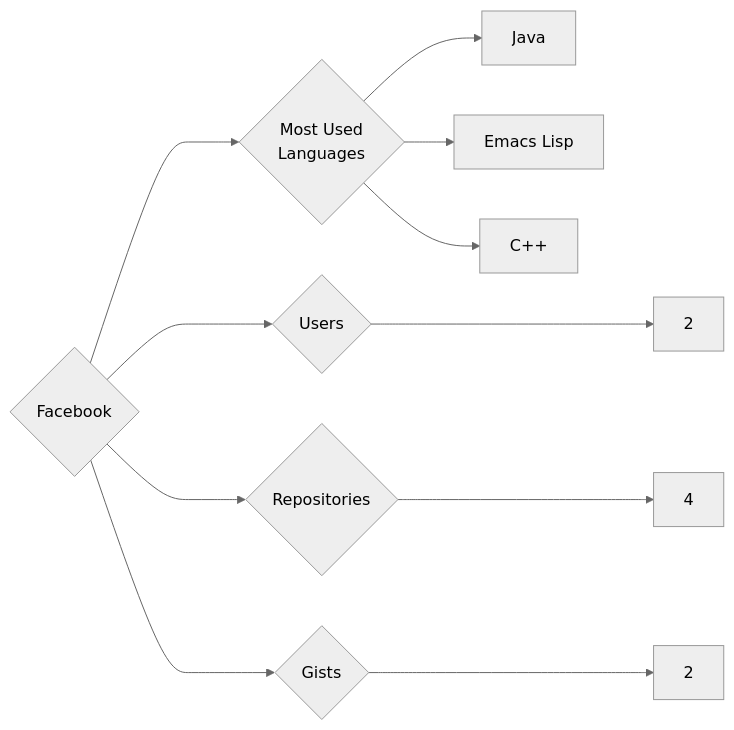
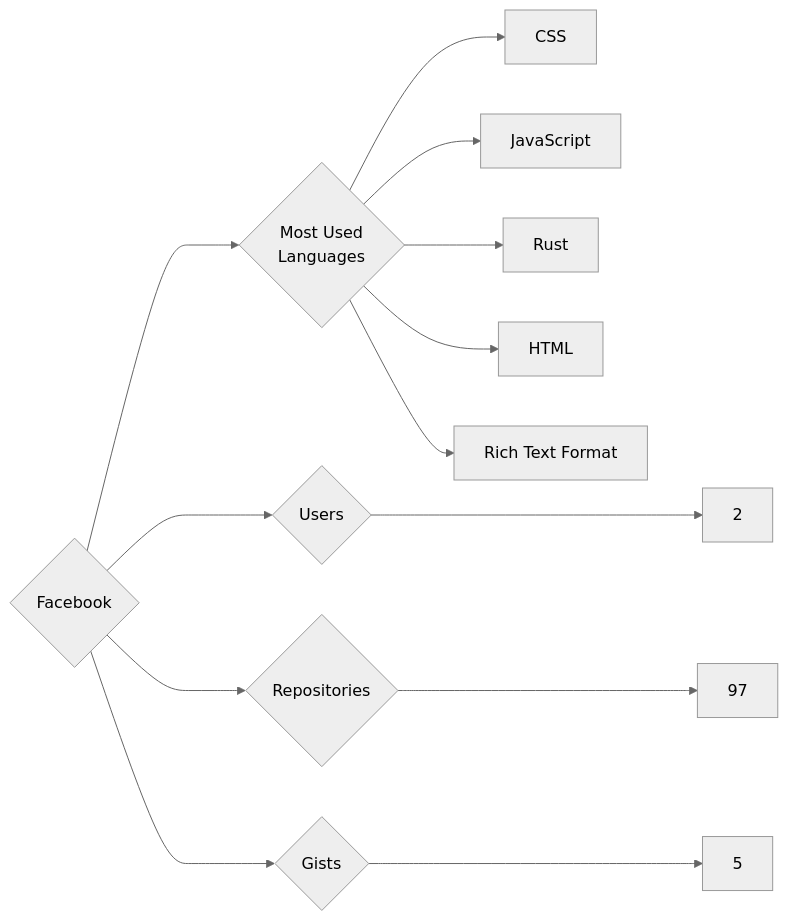
The diagram in targets/Facebook/README.md (trickest/insiders), drawn with Mermaid (neutral theme) before and after one commit. The commit also changed 1123 other files, not shown here.

````diff
--- a/targets/Facebook/README.md
+++ b/targets/Facebook/README.md
@@ -3,11 +3,13 @@
 ```mermaid
 graph LR
 COMPANY_NAME{Facebook}
 COMPANY_NAME ---> U{Users} ---> UN[2]
-COMPANY_NAME ---> R{Repositories} ---> RN[4]
-COMPANY_NAME ---> G{Gists} ---> GN[2]
+COMPANY_NAME ---> R{Repositories} ---> RN[97]
+COMPANY_NAME ---> G{Gists} ---> GN[5]
 COMPANY_NAME ---> ML{Most Used<br>Languages}
-ML --> Java[Java]
-ML --> Emacs_Lisp[Emacs Lisp]
-ML --> C++[C++]
+ML --> CSS[CSS]
+ML --> JavaScript[JavaScript]
+ML --> Rust[Rust]
+ML --> HTML[HTML]
+ML --> Rich_Text_Format[Rich Text Format]
 ```
````
